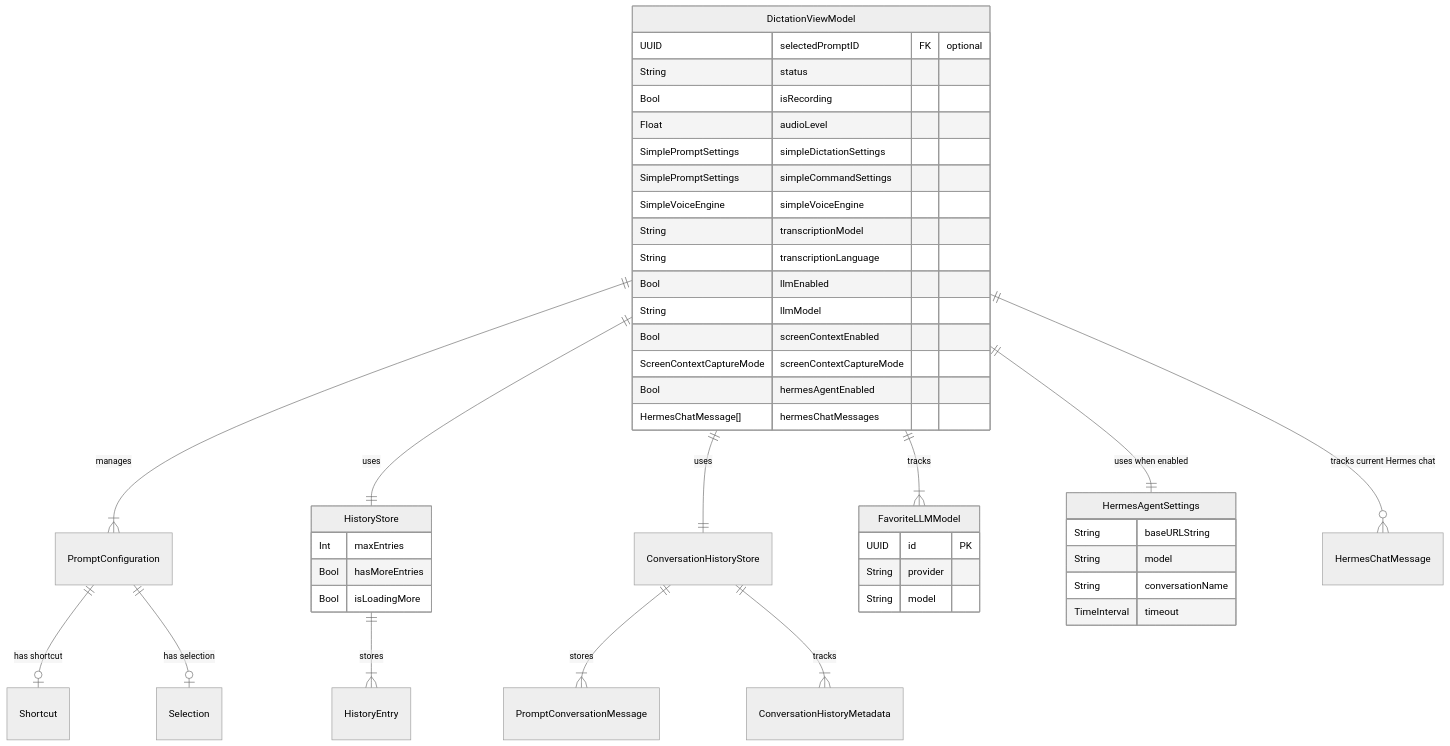
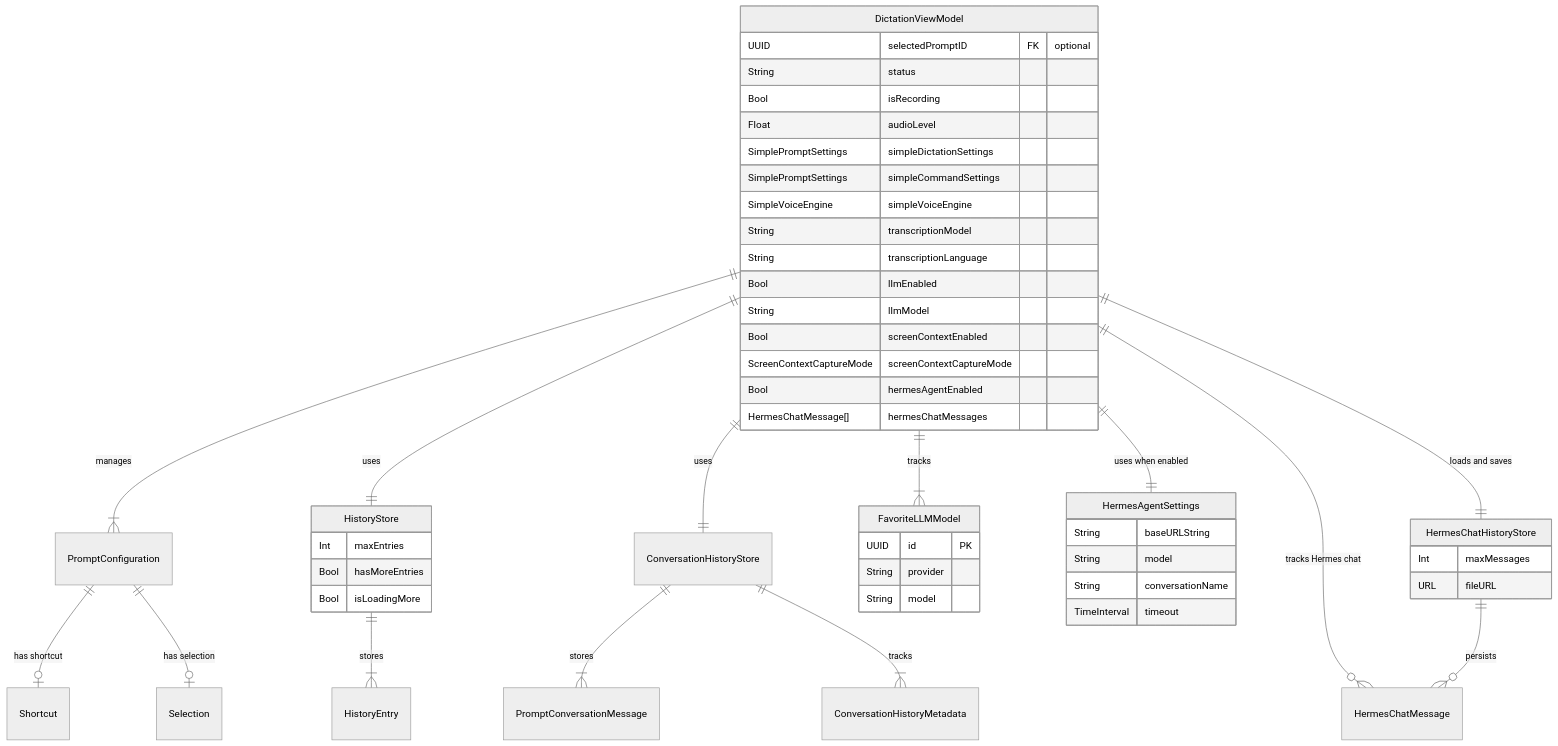
The eighth of 12 diagrams in datamodel.md (dkapo88/WonderWhisper-macOS), drawn with Mermaid (neutral theme) before and after one commit. The commit also changed other lines of this file and 8 other files, not shown here.

Commit message:
feat: persist Hermes chat history

````diff
--- a/datamodel.md
+++ b/datamodel.md
@@ -277,54 +277,62 @@
 ```mermaid
 erDiagram
     DictationViewModel ||--|{ PromptConfiguration : "manages"
     DictationViewModel ||--|| HistoryStore : "uses"
     DictationViewModel ||--|| ConversationHistoryStore : "uses"
     DictationViewModel ||--|{ FavoriteLLMModel : "tracks"
     DictationViewModel ||--|| HermesAgentSettings : "uses when enabled"
-    DictationViewModel ||--o{ HermesChatMessage : "tracks current Hermes chat"
+    DictationViewModel ||--|| HermesChatHistoryStore : "loads and saves"
+    DictationViewModel ||--o{ HermesChatMessage : "tracks Hermes chat"
     
     HistoryStore ||--|{ HistoryEntry : "stores"
     
     ConversationHistoryStore ||--|{ PromptConversationMessage : "stores"
     ConversationHistoryStore ||--|{ ConversationHistoryMetadata : "tracks"
+
+    HermesChatHistoryStore ||--o{ HermesChatMessage : "persists"
     
     PromptConfiguration ||--o| Shortcut : "has shortcut"
     PromptConfiguration ||--o| Selection : "has selection"
     
     DictationViewModel {
         UUID selectedPromptID FK "optional"
         String status
         Bool isRecording
         Float audioLevel
         SimplePromptSettings simpleDictationSettings
         SimplePromptSettings simpleCommandSettings
         SimpleVoiceEngine simpleVoiceEngine
         String transcriptionModel
         String transcriptionLanguage
         Bool llmEnabled
         String llmModel
         Bool screenContextEnabled
         ScreenContextCaptureMode screenContextCaptureMode
         Bool hermesAgentEnabled
         HermesChatMessage[] hermesChatMessages
     }
     
     HistoryStore {
         Int maxEntries
         Bool hasMoreEntries
         Bool isLoadingMore
     }
+
+    HermesChatHistoryStore {
+        Int maxMessages
+        URL fileURL
+    }
     
     FavoriteLLMModel {
         UUID id PK
         String provider
         String model
     }
 
     HermesAgentSettings {
         String baseURLString
         String model
         String conversationName
         TimeInterval timeout
     }
 ```
````
